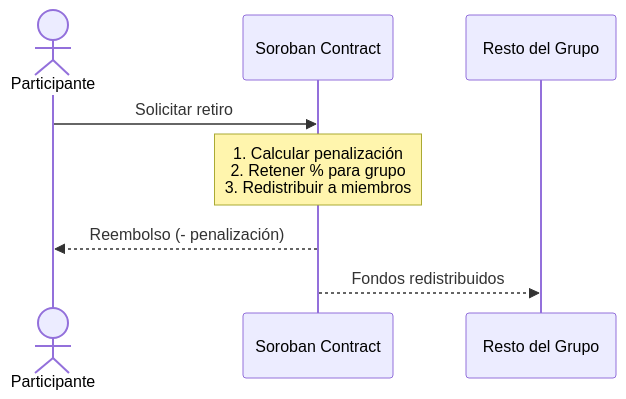
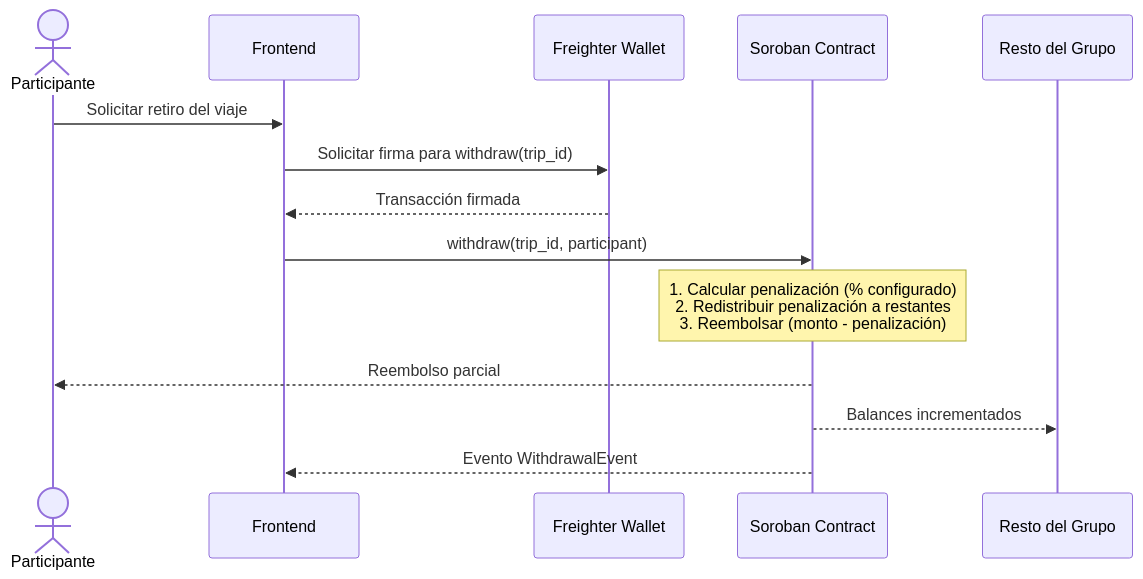
Before and after one commit to CoKeFish/Impacta-Bootcamp: the eighth of 15 diagrams in ARCHITECTURE.md, drawn with Mermaid. The commit also changed other lines of this file and 3 other files, not shown here.

````diff
--- a/ARCHITECTURE.md
+++ b/ARCHITECTURE.md
@@ -140,10 +303,16 @@
 ```mermaid
 sequenceDiagram
     actor P as Participante
+    participant FE as Frontend
+    participant W as Freighter Wallet
     participant SC as Soroban Contract
     participant G as Resto del Grupo
-    P ->> SC: Solicitar retiro
-    Note over SC: 1. Calcular penalización<br/>2. Retener % para grupo<br/>3. Redistribuir a miembros
-    SC -->> P: Reembolso (- penalización)
-    SC -->> G: Fondos redistribuidos
+    P ->> FE: Solicitar retiro del viaje
+    FE ->> W: Solicitar firma para withdraw(trip_id)
+    W -->> FE: Transacción firmada
+    FE ->> SC: withdraw(trip_id, participant)
+    Note over SC: 1. Calcular penalización (% configurado)<br/>2. Redistribuir penalización a restantes<br/>3. Reembolsar (monto - penalización)
+    SC -->> P: Reembolso parcial
+    SC -->> G: Balances incrementados
+    SC -->> FE: Evento WithdrawalEvent
 ```
````
